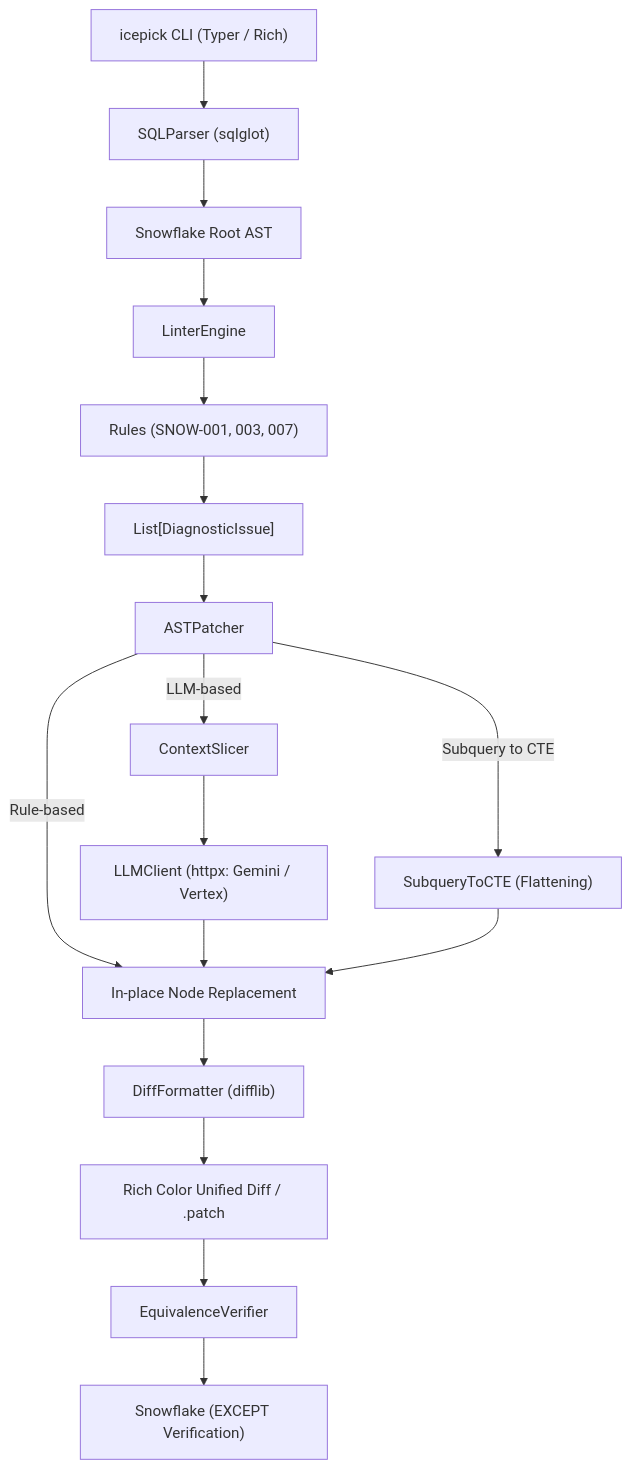
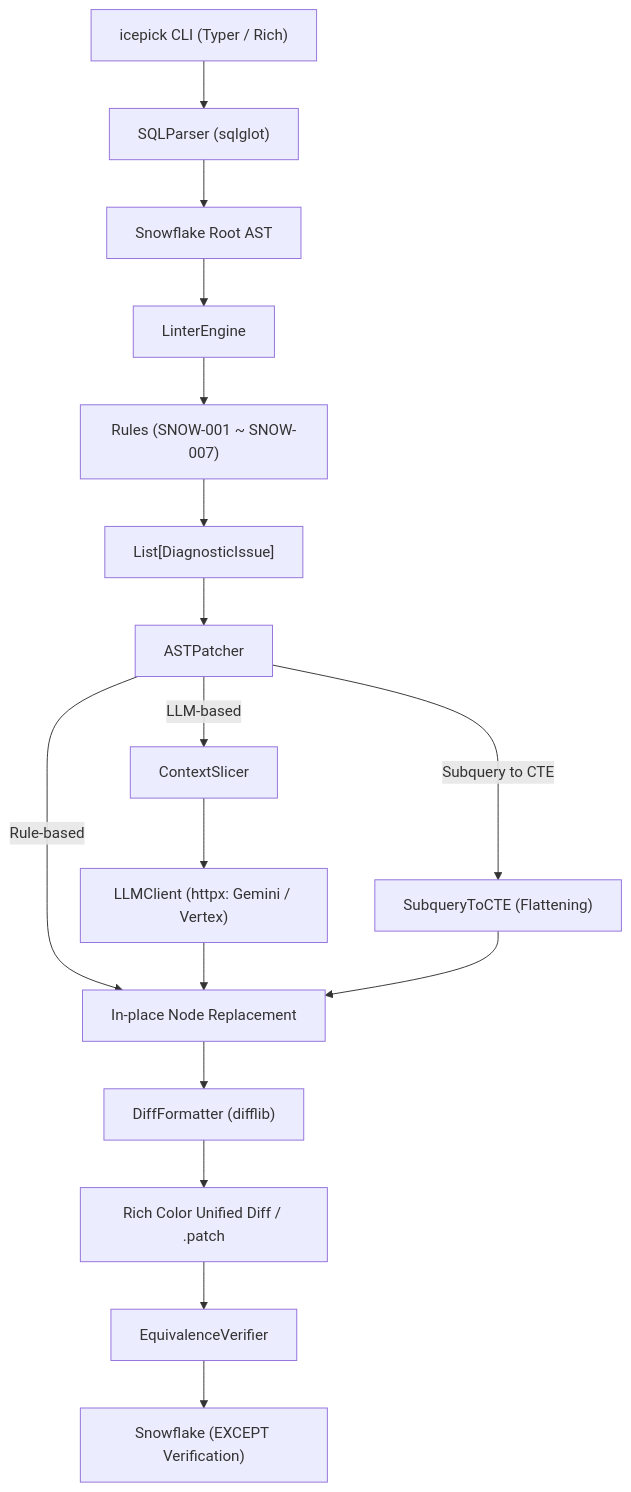
Before and after one commit to snaga/icepick: the diagram in README.md, drawn with Mermaid. The commit also changed other lines of this file, not shown here.

First line of the commit message:
docs: update README with SNOW-004/005/006 rules and architecture diagram

````diff
--- a/README.md
+++ b/README.md
@@ -63,19 +66,19 @@
 ```mermaid
 flowchart TD
     CLI["icepick CLI (Typer / Rich)"] --> Parser["SQLParser (sqlglot)"]
     Parser --> AST["Snowflake Root AST"]
     AST --> Linter["LinterEngine"]
-    Linter --> Rules["Rules (SNOW-001, 003, 007)"]
+    Linter --> Rules["Rules (SNOW-001 ~ SNOW-007)"]
     Rules --> Issues["List[DiagnosticIssue]"]
     Issues --> Patcher["ASTPatcher"]
     Patcher -->|Rule-based| InPlace["In-place Node Replacement"]
     Patcher -->|Subquery to CTE| CTEExt["SubqueryToCTE (Flattening)"]
     Patcher -->|LLM-based| Slicer["ContextSlicer"]
     Slicer --> LLMClient["LLMClient (httpx: Gemini / Vertex)"]
     LLMClient --> InPlace
     CTEExt --> InPlace
     InPlace --> Diff["DiffFormatter (difflib)"]
     Diff --> Terminal["Rich Color Unified Diff / .patch"]
     Terminal --> Verifier["EquivalenceVerifier"]
     Verifier --> DB["Snowflake (EXCEPT Verification)"]
 ```
````
